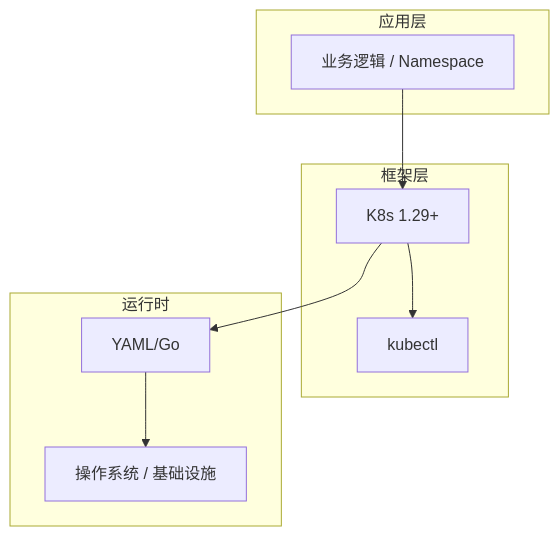
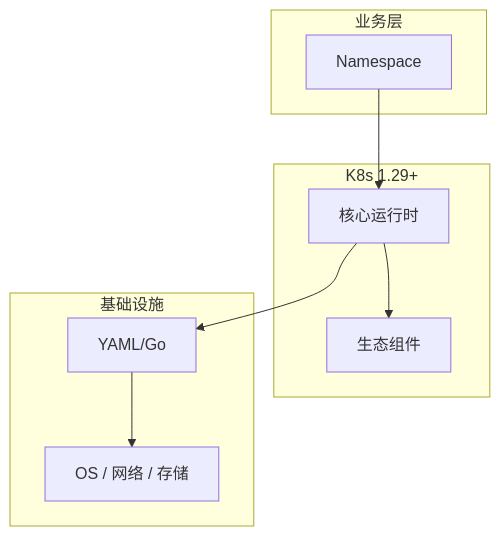
The diagram in articles/Kubernetes/chapters/065-Namespace核心概念与原理.md (yanggan2015/knowledge-json-v2), drawn with Mermaid before and after one commit. The commit also changed other lines of this file and 10127 other files, not shown here.

````diff
--- a/articles/Kubernetes/chapters/065-Namespace核心概念与原理.md
+++ b/articles/Kubernetes/chapters/065-Namespace核心概念与原理.md
@@ -45,18 +34,18 @@
 ```mermaid
 graph TB
-    subgraph 应用层
-        A[业务逻辑 / Namespace]
+    subgraph 业务层
+        A[Namespace]
     end
-    subgraph 框架层
-        B[K8s 1.29+]
-        C[kubectl]
+    subgraph K8s 1.29+
+        B[核心运行时]
+        C[生态组件]
     end
-    subgraph 运行时
+    subgraph 基础设施
         D[YAML/Go]
-        E[操作系统 / 基础设施]
+        E[OS / 网络 / 存储]
     end
     A --> B
     B --> C
     B --> D
     D --> E
 ```
````
